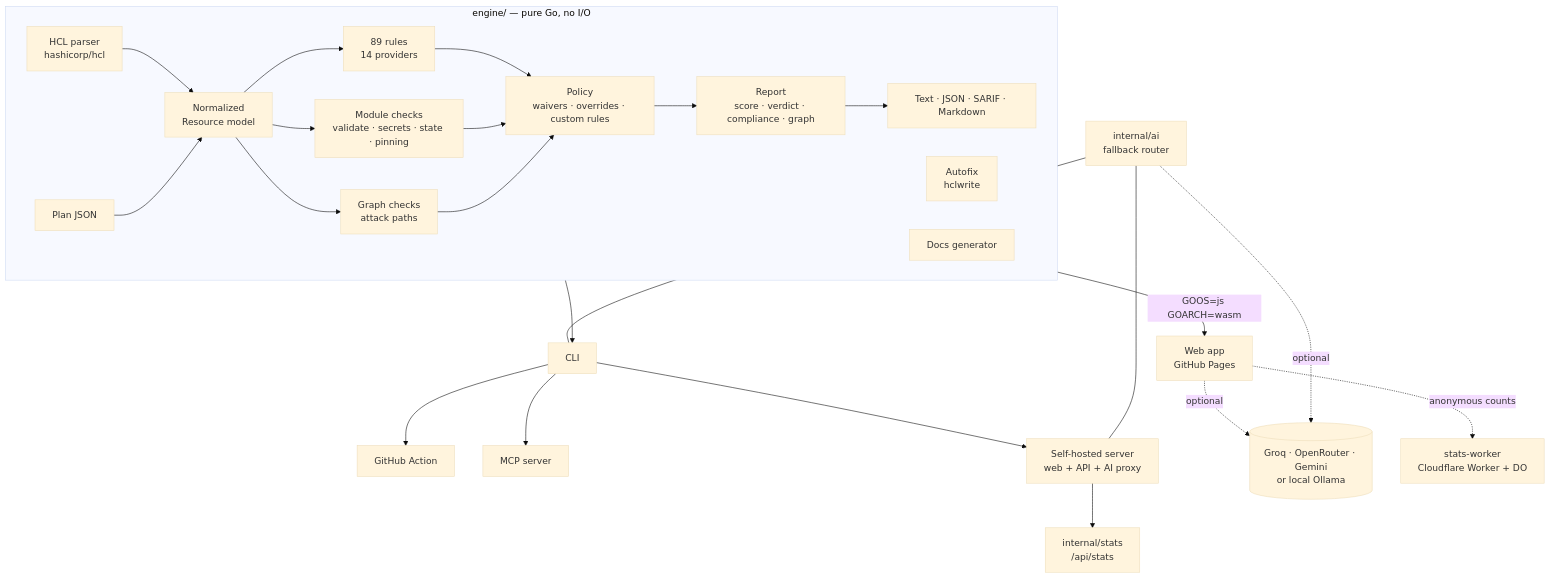
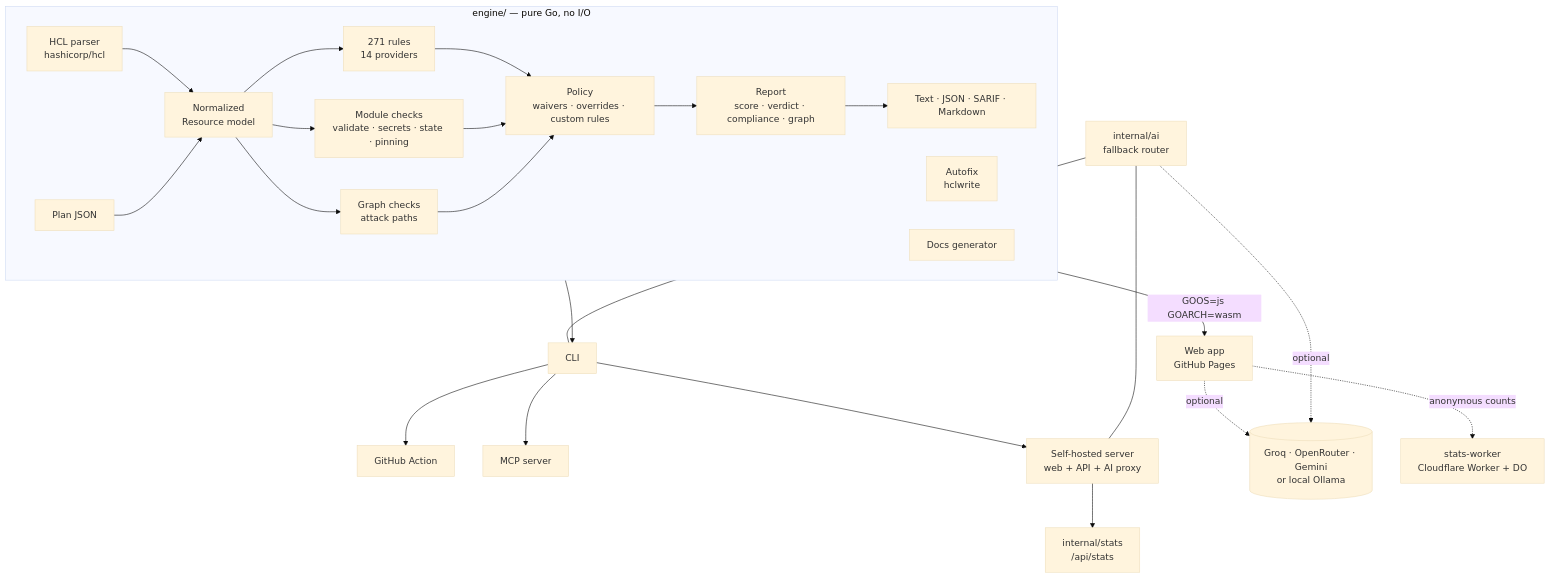
One commit to Karthik-099/TERRAGUARD changed the first of 13 diagrams in docs/ARCHITECTURE.md. Above: the diagram before and after it, drawn with Mermaid (base theme). The commit also changed other lines of this file and 101 other files, not shown here.

Commit message:
feat: 271 rules, provider schema checks, HCP Terraform run tasks, rule filters and proposals, shortcuts; security: CodeQL, dependency review, pinned actions, HSTS

````diff
--- a/docs/ARCHITECTURE.md
+++ b/docs/ARCHITECTURE.md
@@ -65,29 +65,29 @@
 ```mermaid
 flowchart TB
   subgraph Engine["engine/ — pure Go, no I/O"]
     direction LR
     P[HCL parser<br/>hashicorp/hcl] --> N[Normalized<br/>Resource model]
     PL[Plan JSON] --> N
-    N --> R[89 rules<br/>14 providers]
+    N --> R[271 rules<br/>14 providers]
     N --> M[Module checks<br/>validate · secrets · state · pinning]
     N --> G[Graph checks<br/>attack paths]
     R & M & G --> POL[Policy<br/>waivers · overrides · custom rules]
     POL --> REP[Report<br/>score · verdict · compliance · graph]
     REP --> FMT[Text · JSON · SARIF · Markdown]
     FX[Autofix<br/>hclwrite]
     DOC[Docs generator]
   end
 
   Engine -- GOOS=js GOARCH=wasm --> WEB[Web app<br/>GitHub Pages]
   Engine --> CLI[CLI]
   CLI --> ACT[GitHub Action]
   CLI --> MCP[MCP server]
   CLI --> SRV[Self-hosted server<br/>web + API + AI proxy]
 
   AIR[internal/ai<br/>fallback router] --- CLI
   AIR --- SRV
   WEB -. optional .-> LLM[(Groq · OpenRouter · Gemini<br/>or local Ollama)]
   AIR -. optional .-> LLM
   WEB -. anonymous counts .-> SW[stats-worker<br/>Cloudflare Worker + DO]
   SRV --> ST[internal/stats<br/>/api/stats]
 ```
````
